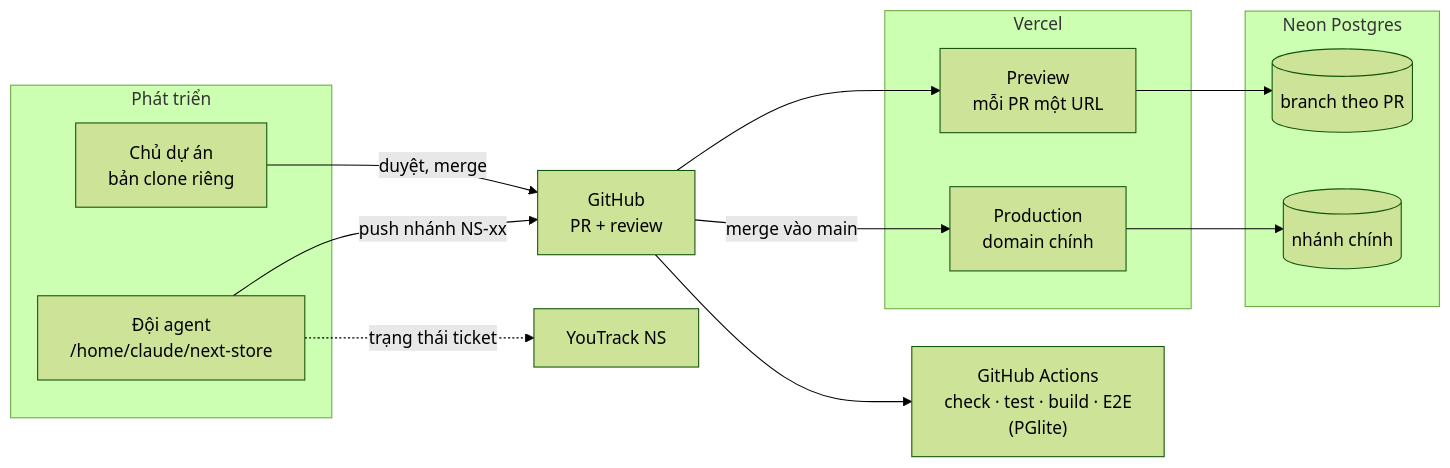
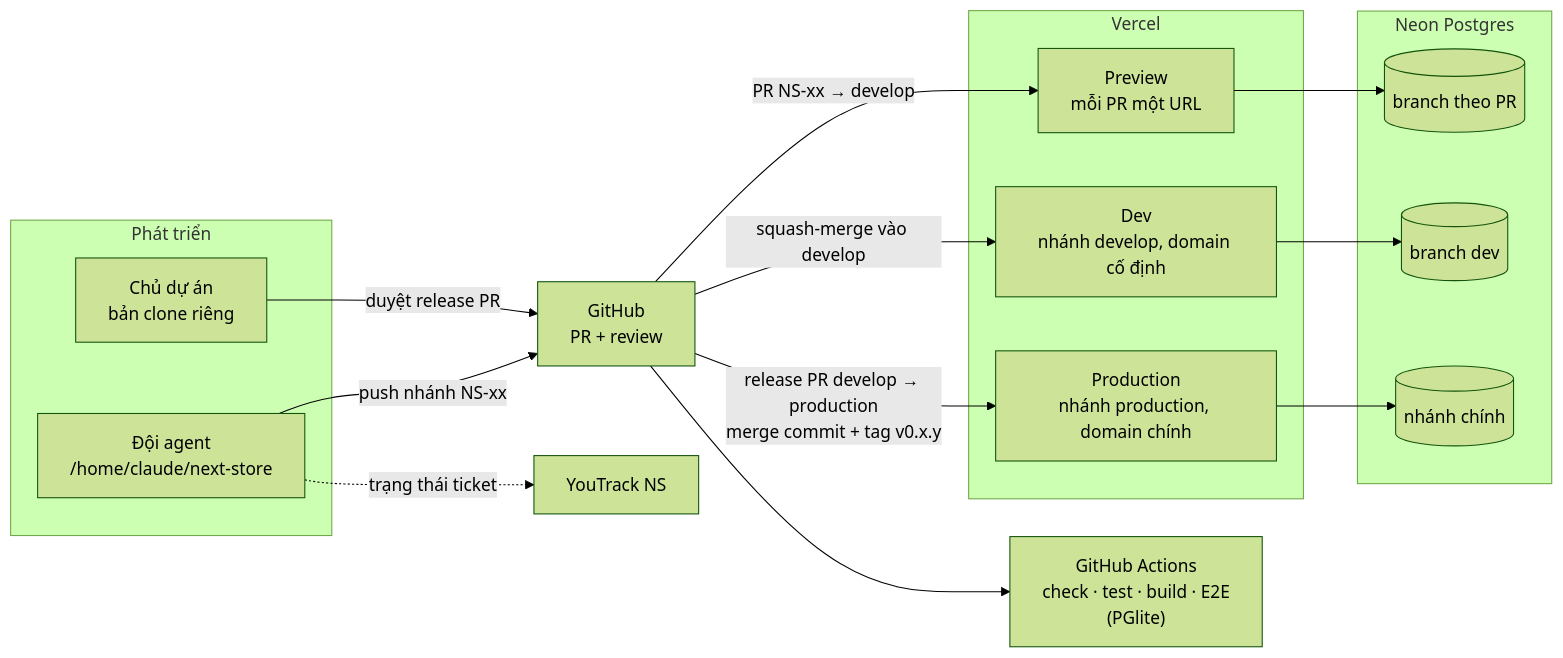
One commit to chinhpham208/next-store changed the sixth of 6 diagrams in docs/architecture.md. Above: the diagram before and after it, drawn with Mermaid (forest theme). The commit also changed other lines of this file and 14 other files, not shown here.

First line of the commit message:
docs(process): develop → production branch strategy NS-34 (#4)

````diff
--- a/docs/architecture.md
+++ b/docs/architecture.md
@@ -153,25 +153,28 @@
 ```mermaid
 flowchart LR
   subgraph dev["Phát triển"]
     agents["Đội agent<br/>/home/claude/next-store"]
     owner["Chủ dự án<br/>bản clone riêng"]
   end
   gh["GitHub<br/>PR + review"]
   ci["GitHub Actions<br/>check · test · build · E2E<br/>(PGlite)"]
   subgraph vercel["Vercel"]
     preview["Preview<br/>mỗi PR một URL"]
-    prod["Production<br/>domain chính"]
+    devenv["Dev<br/>nhánh develop, domain cố định"]
+    prod["Production<br/>nhánh production, domain chính"]
   end
   subgraph neon["Neon Postgres"]
     nbranch[("branch theo PR")]
+    ndev[("branch dev")]
     nmain[("nhánh chính")]
   end
   yt["YouTrack NS"]
 
   agents -->|push nhánh NS-xx| gh
-  owner -->|duyệt, merge| gh
+  owner -->|duyệt release PR| gh
   gh --> ci
-  gh --> preview --> nbranch
-  gh -->|merge vào main| prod --> nmain
+  gh -->|PR NS-xx → develop| preview --> nbranch
+  gh -->|squash-merge vào develop| devenv --> ndev
+  gh -->|release PR develop → production<br/>merge commit + tag v0.x.y| prod --> nmain
   agents -.->|trạng thái ticket| yt
 ```
````
